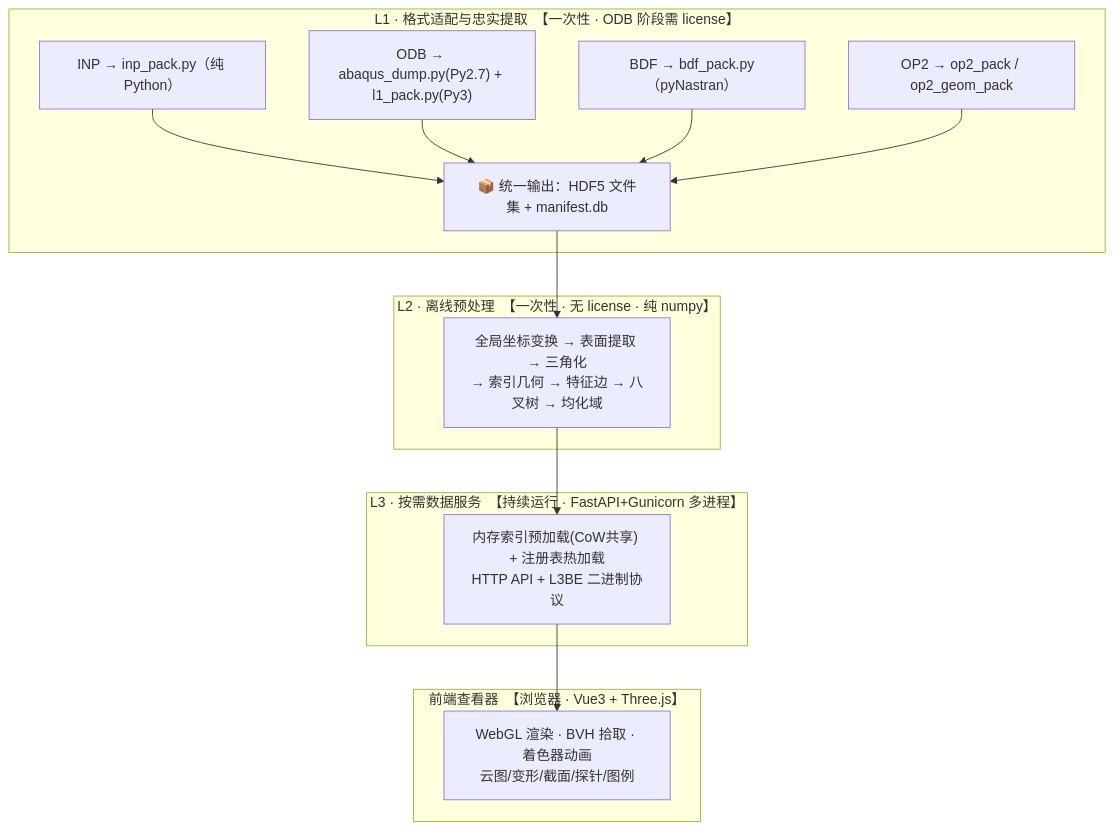
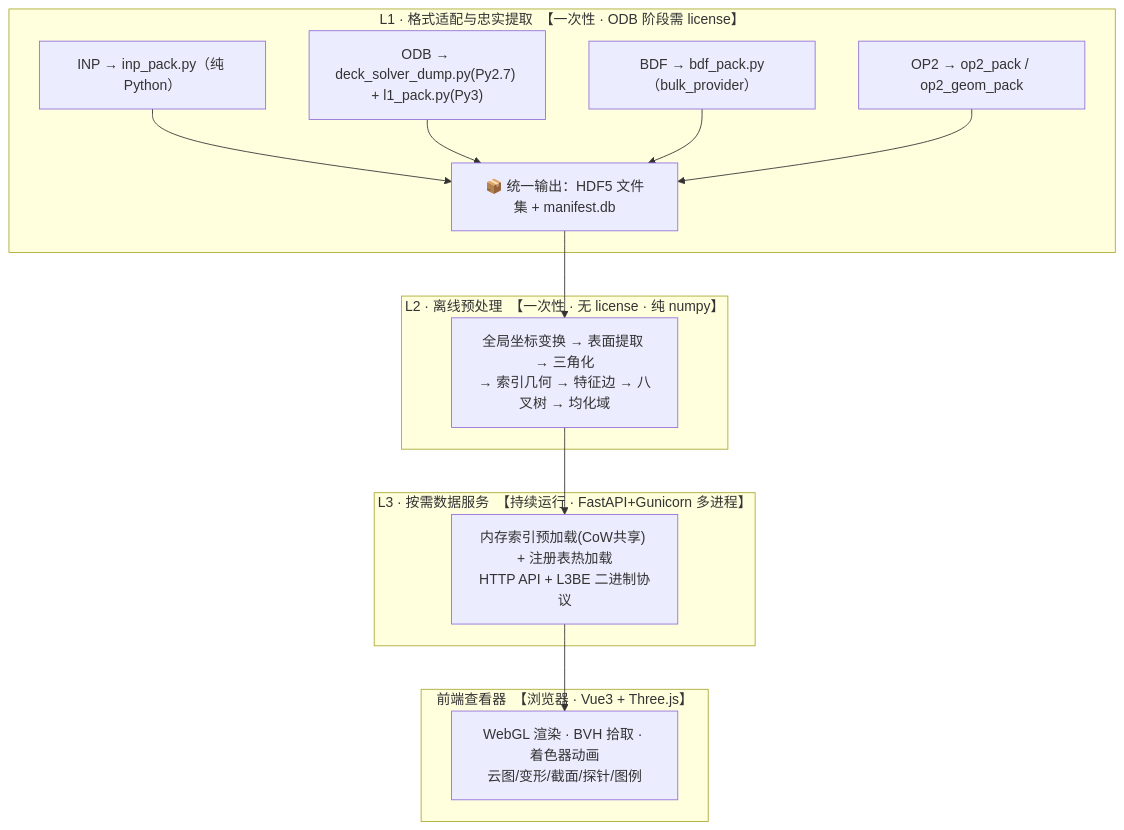
The third of 16 diagrams in docs/交付/FEM平台技术交付-图文版.md (TianBM-codes/VirtualReal702), drawn with Mermaid before and after one commit. The commit also changed other lines of this file and 273 other files, not shown here.

````diff
--- a/docs/交付/FEM平台技术交付-图文版.md
+++ b/docs/交付/FEM平台技术交付-图文版.md
@@ -114,21 +114,21 @@
 ```mermaid
 flowchart TB
     subgraph L1["L1 · 格式适配与忠实提取　【一次性 · ODB 阶段需 license】"]
         L1a["INP → inp_pack.py（纯 Python）"]
-        L1b["ODB → abaqus_dump.py(Py2.7) + l1_pack.py(Py3)"]
-        L1c["BDF → bdf_pack.py（pyNastran）"]
+        L1b["ODB → deck_solver_dump.py(Py2.7) + l1_pack.py(Py3)"]
+        L1c["BDF → bdf_pack.py（bulk_provider）"]
         L1d["OP2 → op2_pack / op2_geom_pack"]
         L1out["📦 统一输出：HDF5 文件集 + manifest.db"]
         L1a & L1b & L1c & L1d --> L1out
     end
     subgraph L2["L2 · 离线预处理　【一次性 · 无 license · 纯 numpy】"]
         L2x["全局坐标变换 → 表面提取 → 三角化<br/>→ 索引几何 → 特征边 → 八叉树 → 均化域"]
     end
     subgraph L3["L3 · 按需数据服务　【持续运行 · FastAPI+Gunicorn 多进程】"]
         L3x["内存索引预加载(CoW共享) + 注册表热加载<br/>HTTP API + L3BE 二进制协议"]
     end
     subgraph FE["前端查看器　【浏览器 · Vue3 + Three.js】"]
         FEx["WebGL 渲染 · BVH 拾取 · 着色器动画<br/>云图/变形/截面/探针/图例"]
     end
     L1out --> L2x --> L3x --> FEx
 ```
````
